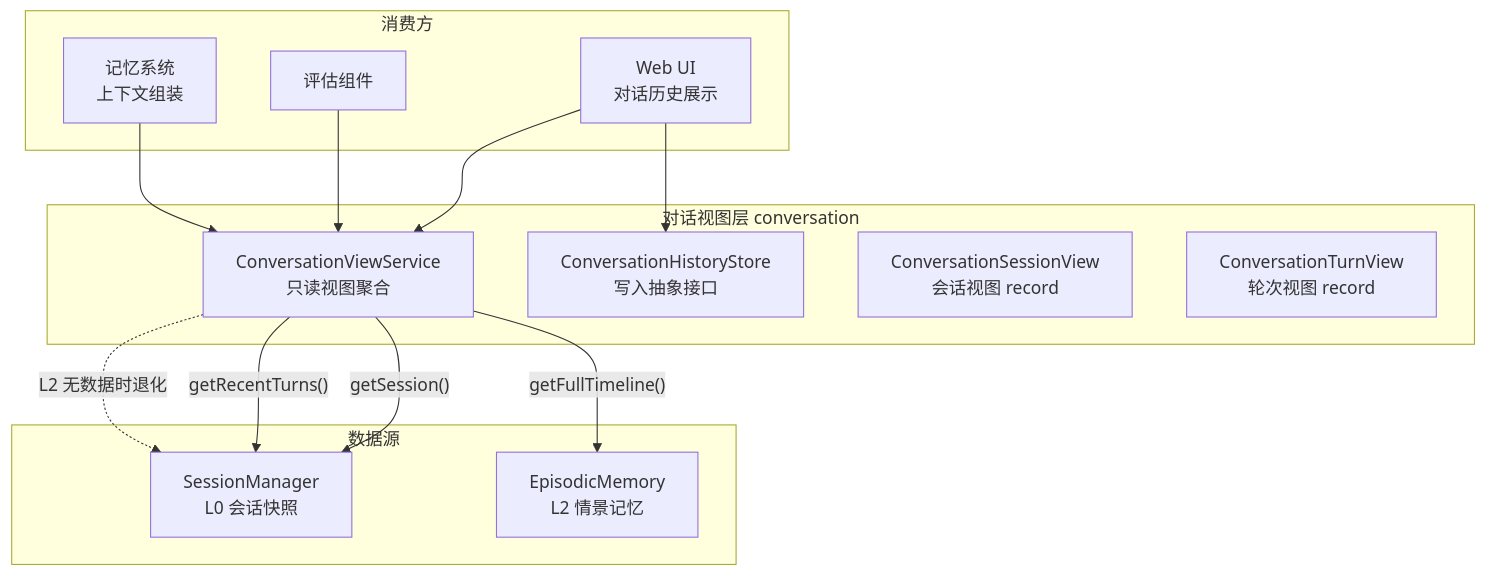
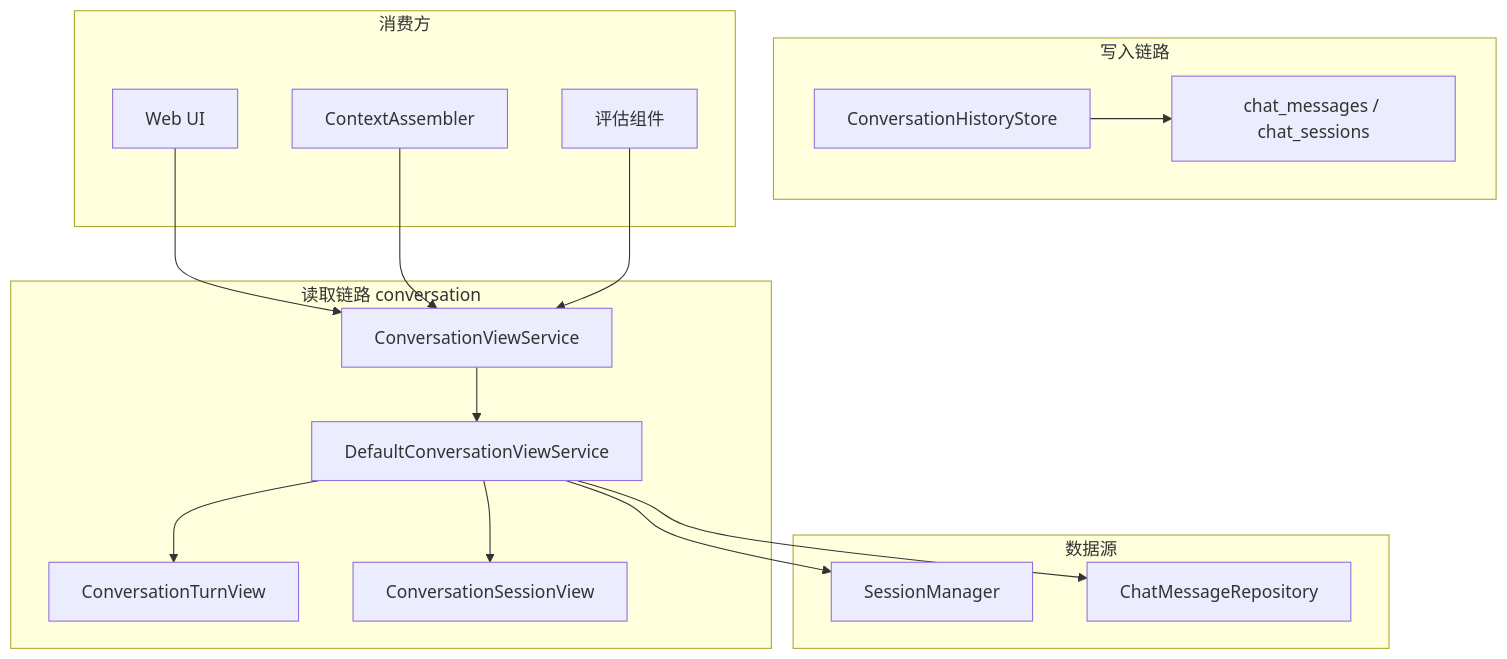
The first of 3 diagrams in docs/architecture/conversation.md (ntygod/LifePilot), drawn with Mermaid before and after one commit. The commit also changed other lines of this file and 7 other files, not shown here.

````diff
--- a/docs/architecture/conversation.md
+++ b/docs/architecture/conversation.md
@@ -15,30 +20,35 @@
 ```mermaid
 flowchart TD
-    subgraph "对话视图层 conversation"
-        CVS["ConversationViewService<br/>只读视图聚合"]
-        CHS["ConversationHistoryStore<br/>写入抽象接口"]
-        CSV["ConversationSessionView<br/>会话视图 record"]
-        CTV["ConversationTurnView<br/>轮次视图 record"]
+    subgraph "写入链路"
+        CHS["ConversationHistoryStore"]
+        CMS["chat_messages / chat_sessions"]
+        CHS --> CMS
+    end
+
+    subgraph "读取链路 conversation"
+        CVS["ConversationViewService"]
+        DCS["DefaultConversationViewService"]
+        CTV["ConversationTurnView"]
+        CSV["ConversationSessionView"]
+        CVS --> DCS
+        DCS --> CTV
+        DCS --> CSV
     end
 
     subgraph "数据源"
-        SM["SessionManager<br/>L0 会话快照"]
-        EM["EpisodicMemory<br/>L2 情景记忆"]
+        SM["SessionManager"]
+        CMR["ChatMessageRepository"]
     end
 
     subgraph "消费方"
-        WEB["Web UI<br/>对话历史展示"]
+        WEB["Web UI"]
+        AGENT["ContextAssembler"]
         EVAL["评估组件"]
-        MEM["记忆系统<br/>上下文组装"]
     end
 
-    CVS -->|"getSession()"| SM
-    CVS -->|"getRecentTurns()"| SM
-    CVS -->|"getFullTimeline()"| EM
-    CVS -.->|"L2 无数据时退化"| SM
-
+    DCS --> SM
+    DCS --> CMR
     WEB --> CVS
-    WEB --> CHS
+    AGENT --> CVS
     EVAL --> CVS
-    MEM --> CVS
 ```
````
